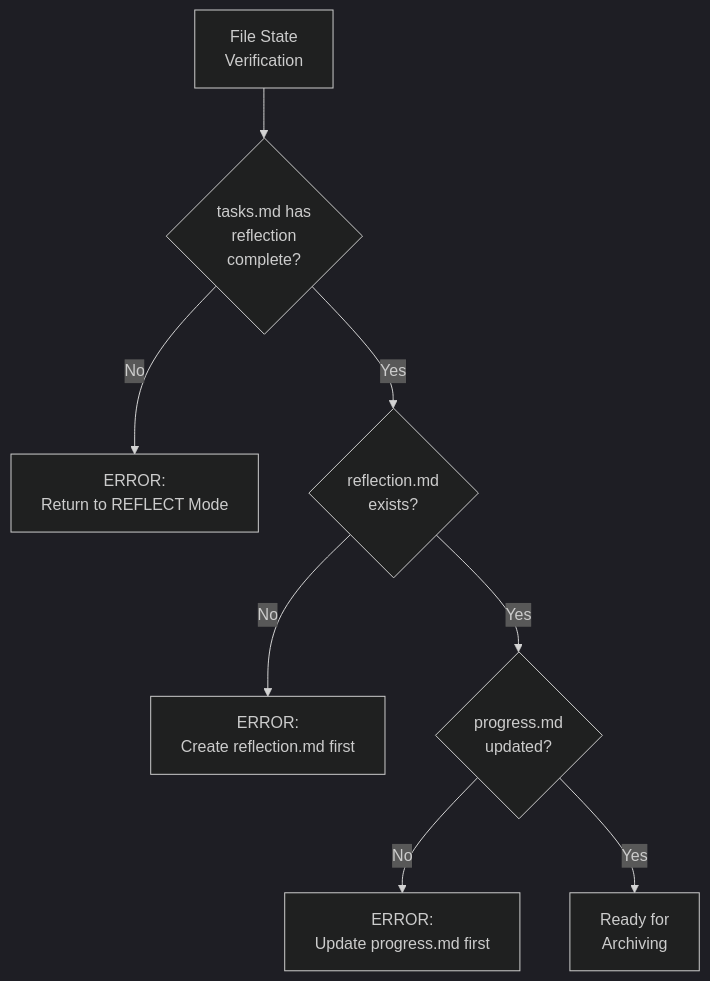
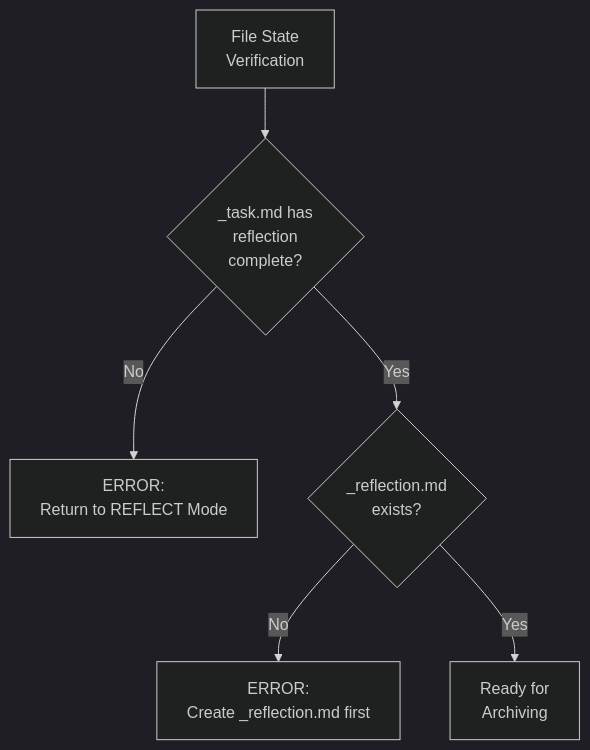
The third of 5 diagrams in .cursor/rules/isolation_rules/visual-maps/archive-mode-map.mdc (vanzan01/cursor-memory-bank), drawn with Mermaid (dark theme) before and after one commit. The commit also changed other lines of this file and 52 other files, not shown here.

Commit message:
Добавлены новые правила для управления активными задачами и генерации сообщений коммитов. Обновлены существующие правила для улучшения логики обработки контекста и управления задачами. Включены инструкции по созданию заметок для релиза и улучшены диаграммы процесса для режимов ARCHIVE и CREATIVE.

````diff
--- a/.cursor/rules/isolation_rules/visual-maps/archive-mode-map.mdc
+++ b/.cursor/rules/isolation_rules/visual-maps/archive-mode-map.mdc
@@ -107,13 +108,10 @@
 ```mermaid
 graph TD
-    Start["File State<br>Verification"] --> CheckTasks{"tasks.md has<br>reflection<br>complete?"}
+    Start["File State<br>Verification"] --> CheckTasks{"_task.md has<br>reflection<br>complete?"}
 
     CheckTasks -->|"No"| ErrorReflect["ERROR:<br>Return to REFLECT Mode"]
-    CheckTasks -->|"Yes"| CheckReflection{"reflection.md<br>exists?"}
+    CheckTasks -->|"Yes"| CheckReflection{"_reflection.md<br>exists?"}
 
-    CheckReflection -->|"No"| ErrorCreate["ERROR:<br>Create reflection.md first"]
-    CheckReflection -->|"Yes"| CheckProgress{"progress.md<br>updated?"}
-
-    CheckProgress -->|"No"| ErrorProgress["ERROR:<br>Update progress.md first"]
-    CheckProgress -->|"Yes"| ReadyArchive["Ready for<br>Archiving"]
+    CheckReflection -->|"No"| ErrorCreate["ERROR:<br>Create _reflection.md first"]
+    CheckReflection -->|"Yes"| ReadyArchive["Ready for<br>Archiving"]
 ```
````
